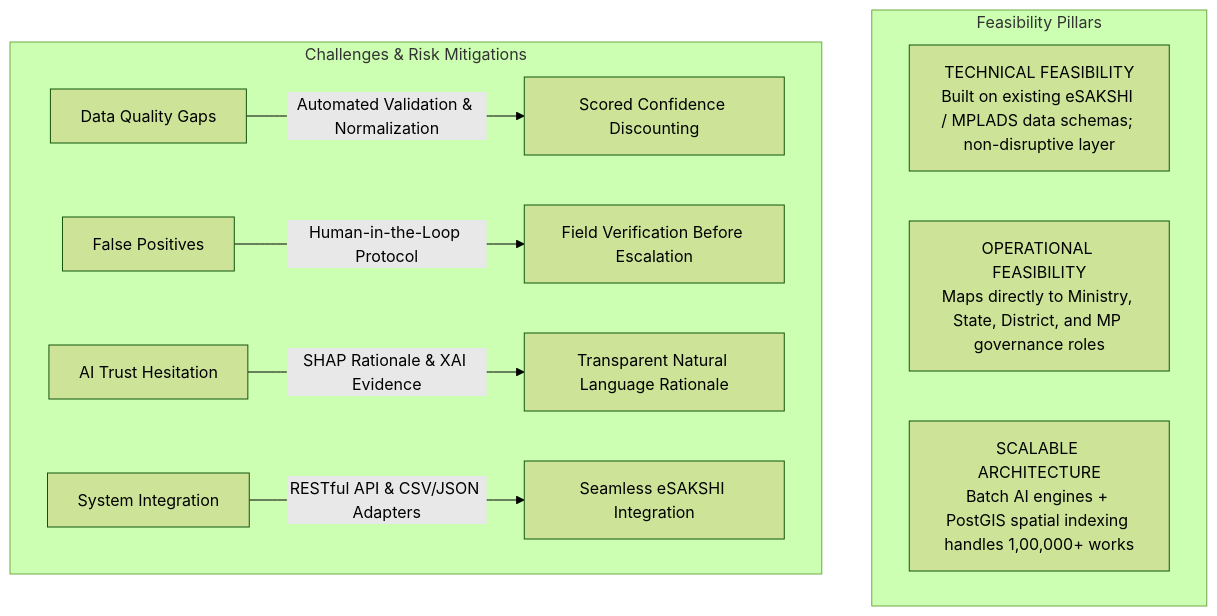
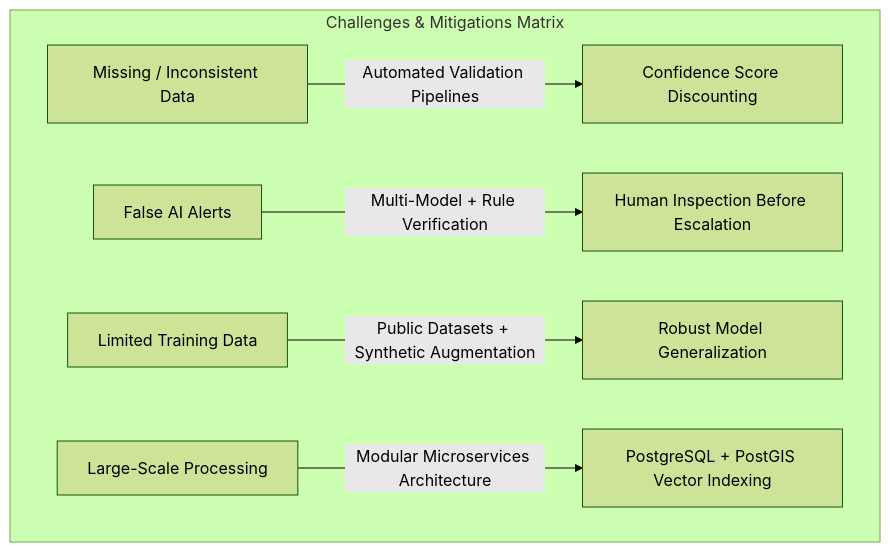
Before and after one commit to prince7z/MPLads: the eighth of 10 diagrams in README.md, drawn with Mermaid (forest theme). The commit also changed other lines of this file, not shown here.

First line of the commit message:
Enhance README with project info and system capabilities

````diff
--- a/README.md
+++ b/README.md
@@ -280,15 +217,9 @@
 ```mermaid
 flowchart TD
-    subgraph Feasibility ["Feasibility Pillars"]
-        F1["TECHNICAL FEASIBILITY<br/>Built on existing eSAKSHI / MPLADS data schemas; non-disruptive layer"]
-        F2["OPERATIONAL FEASIBILITY<br/>Maps directly to Ministry, State, District, and MP governance roles"]
-        F3["SCALABLE ARCHITECTURE<br/>Batch AI engines + PostGIS spatial indexing handles 1,00,000+ works"]
-    end
-
-    subgraph Mitigations ["Challenges & Risk Mitigations"]
-        C1["Data Quality Gaps"] -->|Automated Validation & Normalization| M1["Scored Confidence Discounting"]
-        C2["False Positives"] -->|Human-in-the-Loop Protocol| M2["Field Verification Before Escalation"]
-        C3["AI Trust Hesitation"] -->|SHAP Rationale & XAI Evidence| M3["Transparent Natural Language Rationale"]
-        C4["System Integration"] -->|RESTful API & CSV/JSON Adapters| M4["Seamless eSAKSHI Integration"]
+    subgraph Mitigations ["Challenges & Mitigations Matrix"]
+        C1["Missing / Inconsistent Data"] -->|Automated Validation Pipelines| M1["Confidence Score Discounting"]
+        C2["False AI Alerts"] -->|Multi-Model + Rule Verification| M2["Human Inspection Before Escalation"]
+        C3["Limited Training Data"] -->|Public Datasets + Synthetic Augmentation| M3["Robust Model Generalization"]
+        C4["Large-Scale Processing"] -->|Modular Microservices Architecture| M4["PostgreSQL + PostGIS Vector Indexing"]
     end
 ```
````
